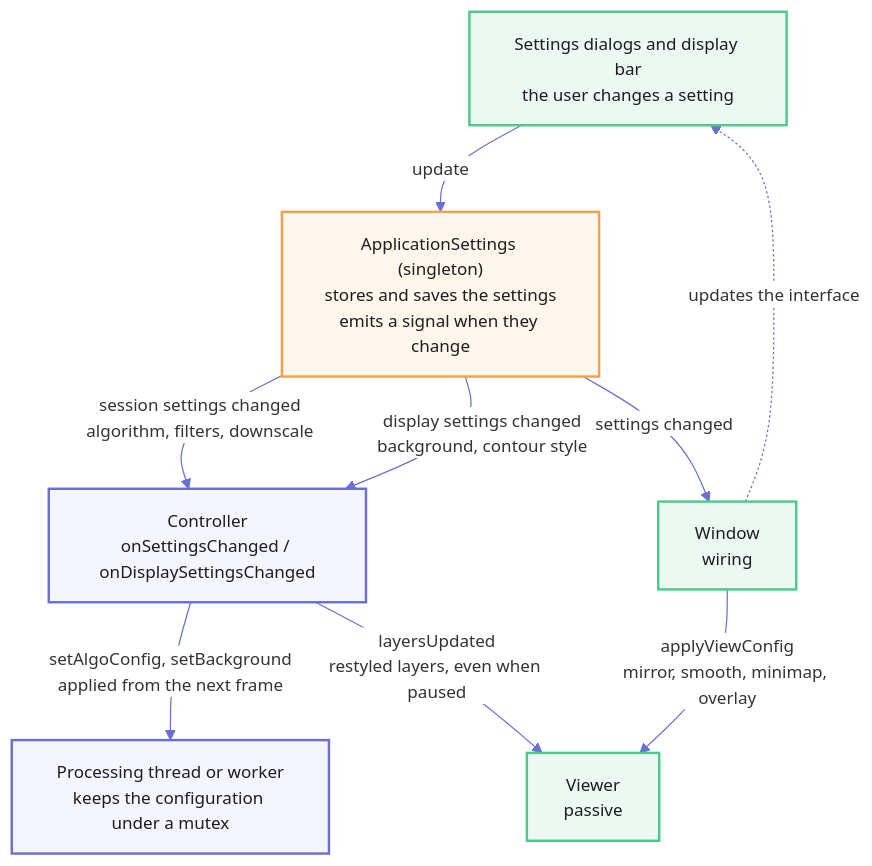
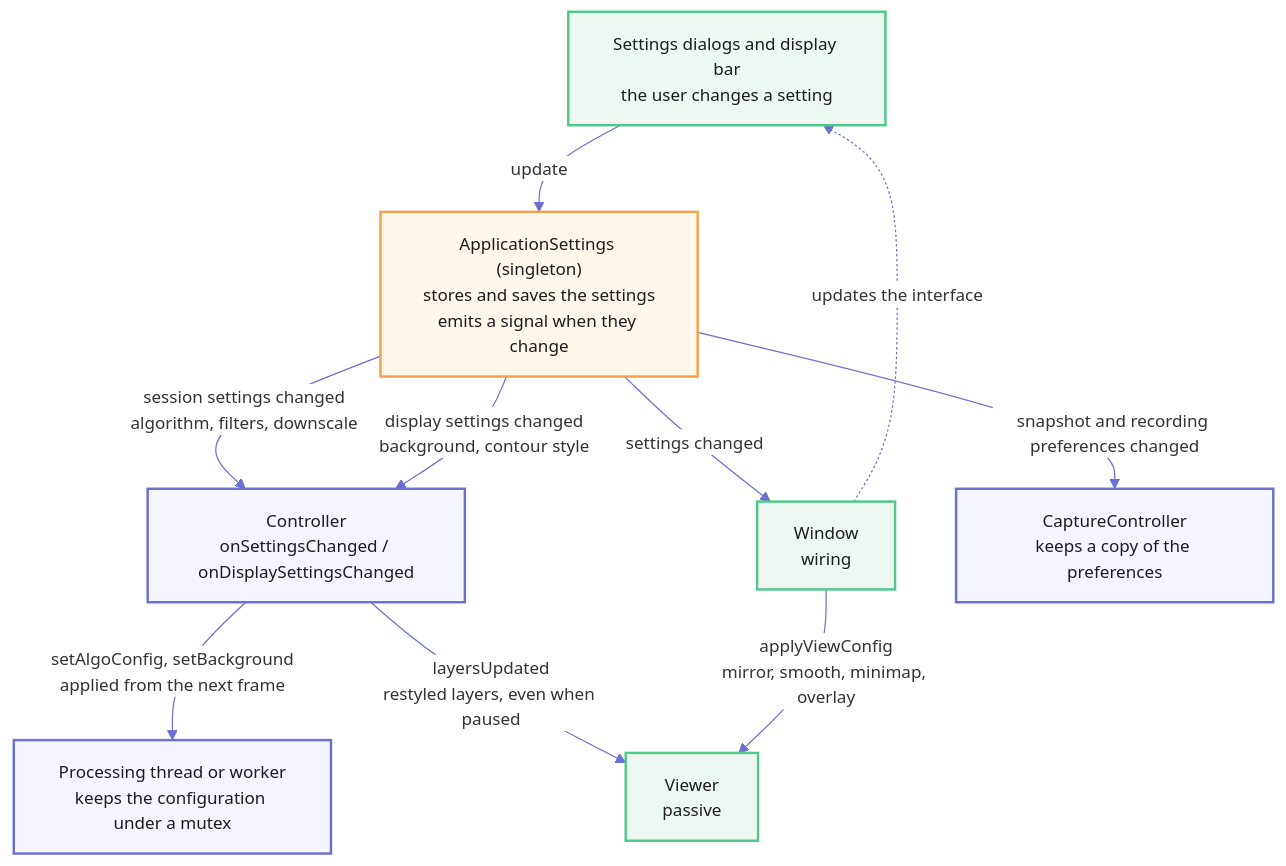
The diagram in docs/mermaid/config_flow.mmd (fluvel-io/fluvel-set), drawn with Mermaid before and after one commit. The commit also changed 4 other files, not shown here.

First line of the commit message:
docs(app): document how capture preferences reach CaptureController

```diff
--- a/docs/mermaid/config_flow.mmd
+++ b/docs/mermaid/config_flow.mmd
@@ -1,33 +1,37 @@
 %%{init: {"theme": "base", "themeVariables": {"lineColor": "#6b6fcf", "edgeLabelBackground": "#ffffff", "fontSize": "14px"}}}%%
 flowchart TB
 
     Dialogs["Settings dialogs and display bar<br/>the user changes a setting"]
 
     Settings["ApplicationSettings (singleton)<br/>stores and saves the settings<br/>emits a signal when they change"]
 
     Ctl["Controller<br/>onSettingsChanged / onDisplaySettingsChanged"]
 
     Win["Window<br/>wiring"]
 
+    Cap["CaptureController<br/>keeps a copy of the preferences"]
+
     Exe["Processing thread or worker<br/>keeps the configuration under a mutex"]
 
     View["Viewer<br/>passive"]
 
     Dialogs -- "update" --> Settings
 
     Settings -- "session settings changed<br/>algorithm, filters, downscale" --> Ctl
     Settings -- "display settings changed<br/>background, contour style" --> Ctl
     Settings -- "settings changed" --> Win
+    Settings -- "snapshot and recording preferences changed" --> Cap
 
     Ctl -- "setAlgoConfig, setBackground<br/>applied from the next frame" --> Exe
     Ctl -- "layersUpdated<br/>restyled layers, even when paused" --> View
 
     Win -- "applyViewConfig<br/>mirror, smooth, minimap, overlay" --> View
     Win -. "updates the interface" .-> Dialogs
 
     style Dialogs fill:#eef8f2,color:#1d1d1f,stroke:#4fc98a,stroke-width:2px
     style View fill:#eef8f2,color:#1d1d1f,stroke:#4fc98a,stroke-width:2px
     style Win fill:#eef8f2,color:#1d1d1f,stroke:#4fc98a,stroke-width:2px
     style Settings fill:#fff6ec,color:#1d1d1f,stroke:#f5a04a,stroke-width:2px
+    style Cap fill:#f4f5ff,color:#1d1d1f,stroke:#6b6fcf,stroke-width:2px
     style Ctl fill:#f4f5ff,color:#1d1d1f,stroke:#6b6fcf,stroke-width:2px
     style Exe fill:#f4f5ff,color:#1d1d1f,stroke:#6b6fcf,stroke-width:2px
```
